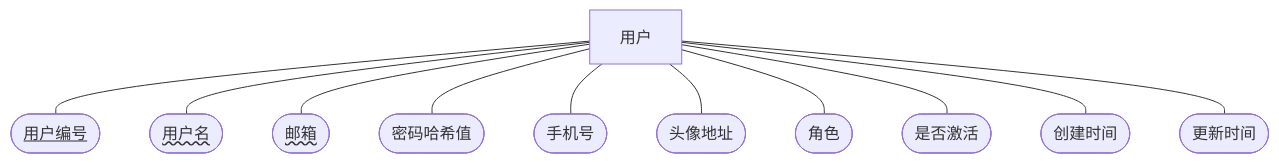
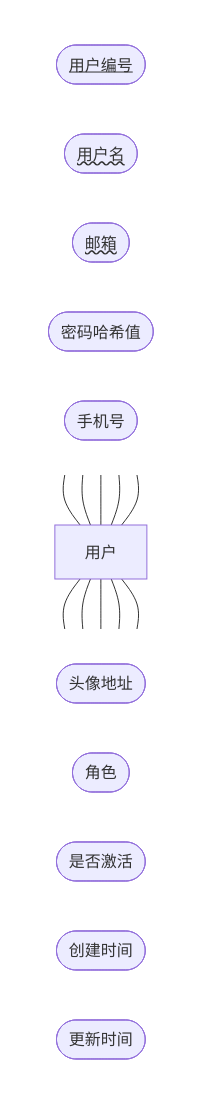
The first of 2 diagrams in docs/pet-rescue-platform-database-design-report.md (A-Words/pet-rescue-platform), drawn with Mermaid before and after one commit. The commit also changed other lines of this file, not shown here.

Commit message:
docs(report): Update user and lost pet entity attribute diagrams to Mermaid syntax

````diff
--- a/docs/pet-rescue-platform-database-design-report.md
+++ b/docs/pet-rescue-platform-database-design-report.md
@@ -293,15 +293,37 @@
 ```mermaid
-flowchart TD
+flowchart TB
+    subgraph TopRow[" "]
+        direction LR
+        A(["<u>用户编号</u>"])
+        B(["<u style='text-decoration-style:wavy'>用户名</u>"])
+        C(["<u style='text-decoration-style:wavy'>邮箱</u>"])
+        D(["密码哈希值"])
+        E(["手机号"])
+    end
+
     User[用户]
 
-    User --- A(["<u>用户编号</u>"])
-    User --- B(["<u style='text-decoration-style:wavy'>用户名</u>"])
-    User --- C(["<u style='text-decoration-style:wavy'>邮箱</u>"])
-    User --- D(["密码哈希值"])
-    User --- E(["手机号"])
-    User --- F(["头像地址"])
-    User --- G(["角色"])
-    User --- H(["是否激活"])
-    User --- I(["创建时间"])
-    User --- J(["更新时间"])
+    subgraph BottomRow[" "]
+        direction LR
+        F(["头像地址"])
+        G(["角色"])
+        H(["是否激活"])
+        I(["创建时间"])
+        J(["更新时间"])
+    end
+
+    A --- User
+    B --- User
+    C --- User
+    D --- User
+    E --- User
+
+    User --- F
+    User --- G
+    User --- H
+    User --- I
+    User --- J
+
+    classDef invisible fill:transparent,stroke:transparent,color:transparent;
+    class TopRow,BottomRow invisible;
 ```
````
